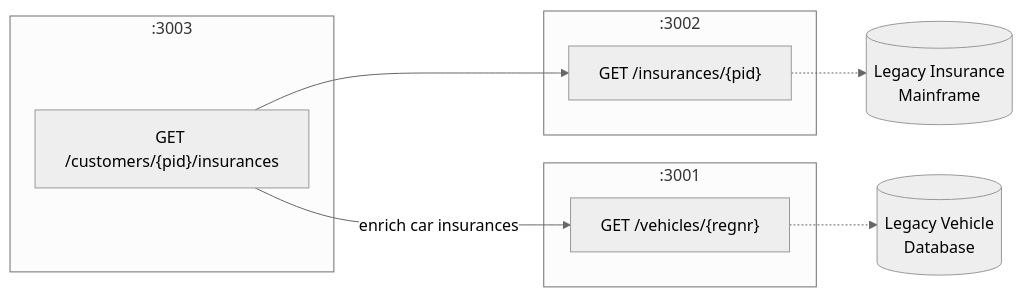
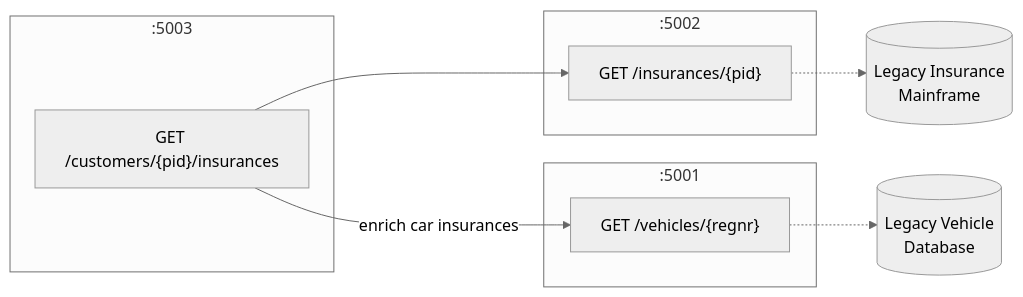
Before and after one commit to akerstrom/insurance-platform-showcase: the diagram in README.md, drawn with Mermaid (neutral theme). The commit also changed other lines of this file, not shown here.

````diff
--- a/README.md
+++ b/README.md
@@ -13,21 +13,21 @@
 ```mermaid
 flowchart LR
-    subgraph Customer API [:3003]
+    subgraph Customer API [:5003]
         C["GET /customers/{pid}/insurances"]
     end
-    subgraph Insurance API [:3002]
+    subgraph Insurance API [:5002]
         I["GET /insurances/{pid}"]
     end
-    subgraph Vehicle API [:3001]
+    subgraph Vehicle API [:5001]
         V["GET /vehicles/{regnr}"]
     end
 
     C --> I
     C -->|enrich car insurances| V
 
     LI[(Legacy Insurance\nMainframe)]
     LV[(Legacy Vehicle\nDatabase)]
 
     I -.-> LI
     V -.-> LV
 ```
````
